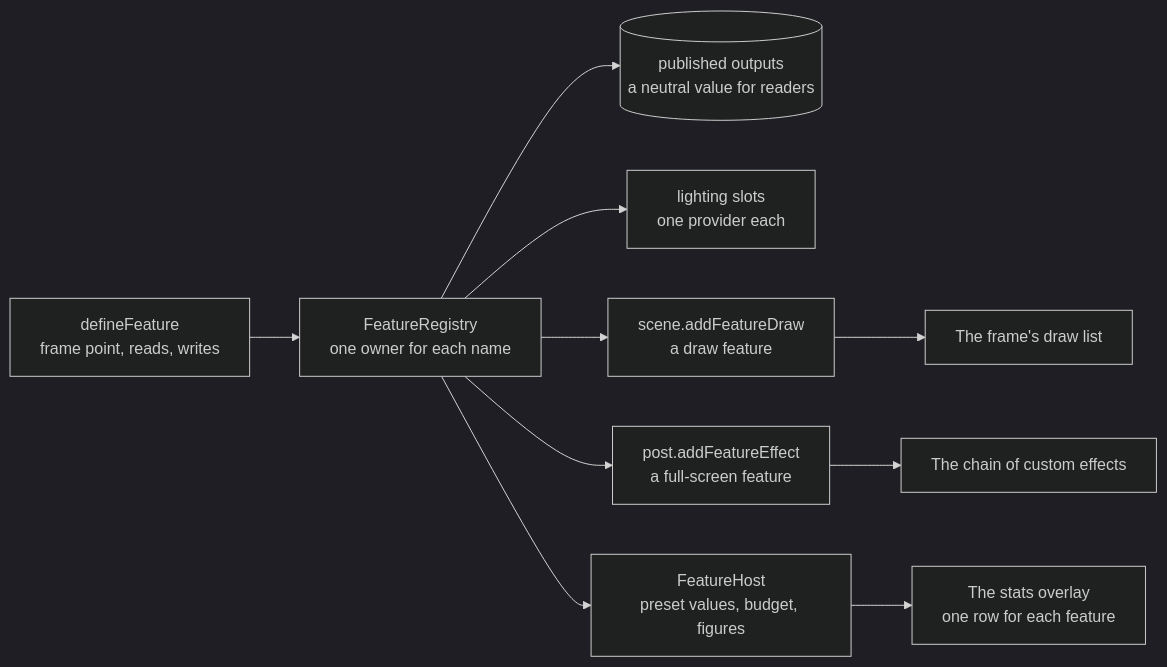
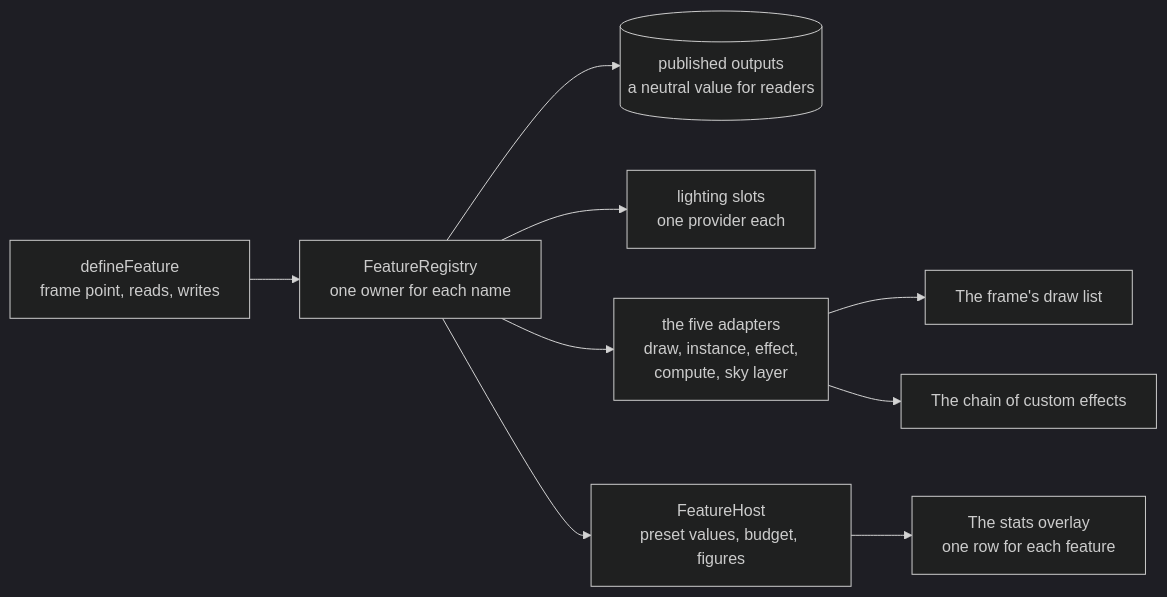
Before and after one commit to null3d-engine/null3d: the diagram in docs/api/features.md, drawn with Mermaid (dark theme). The commit also changed other lines of this file and 175 other files, not shown here.

````diff
--- a/docs/api/features.md
+++ b/docs/api/features.md
@@ -13,12 +11,11 @@
 ```mermaid
 flowchart LR
     description["defineFeature<br/>frame point, reads, writes"] --> registry["FeatureRegistry<br/>one owner for each name"]
     registry --> outputs[("published outputs<br/>a neutral value for readers")]
     registry --> slots["lighting slots<br/>one provider each"]
-    registry --> draw["scene.addFeatureDraw<br/>a draw feature"]
-    registry --> effect["post.addFeatureEffect<br/>a full-screen feature"]
-    draw --> frame["The frame's draw list"]
-    effect --> chain["The chain of custom effects"]
+    registry --> adapters["the five adapters<br/>draw, instance, effect,<br/>compute, sky layer"]
+    adapters --> frame["The frame's draw list"]
+    adapters --> chain["The chain of custom effects"]
     registry --> host["FeatureHost<br/>preset values, budget, figures"]
     host --> overlay["The stats overlay<br/>one row for each feature"]
 ```
````
